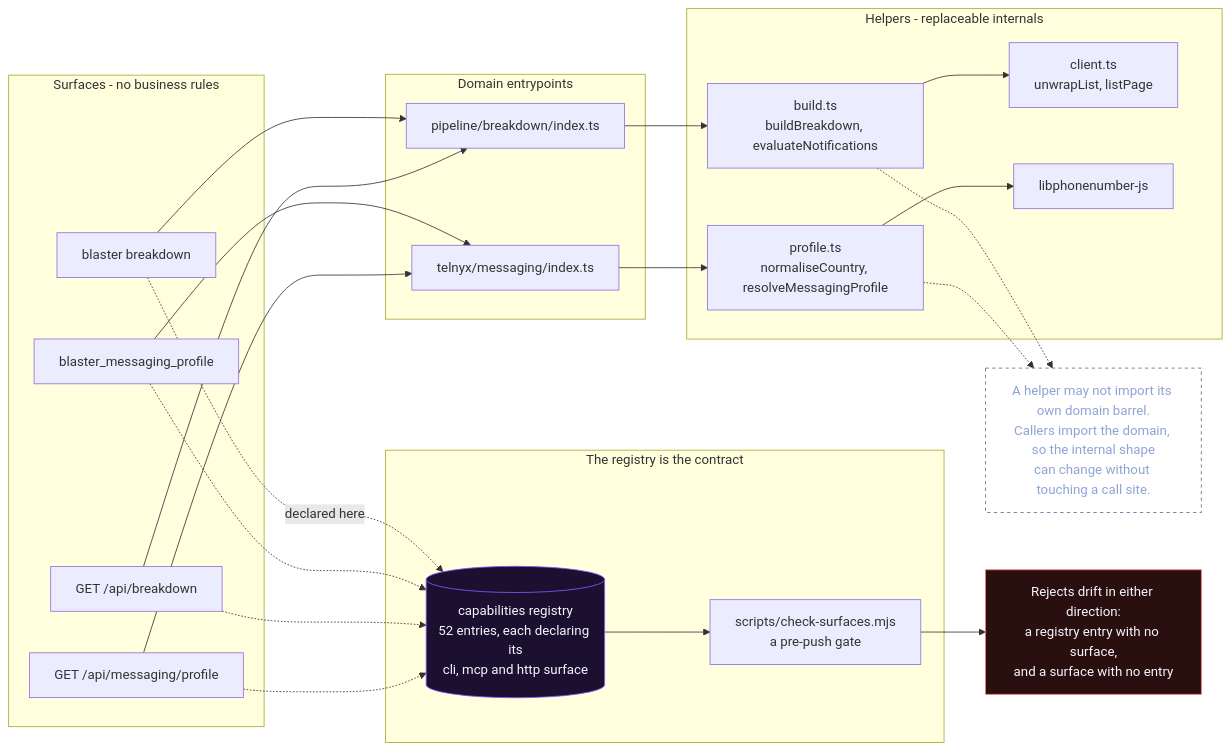
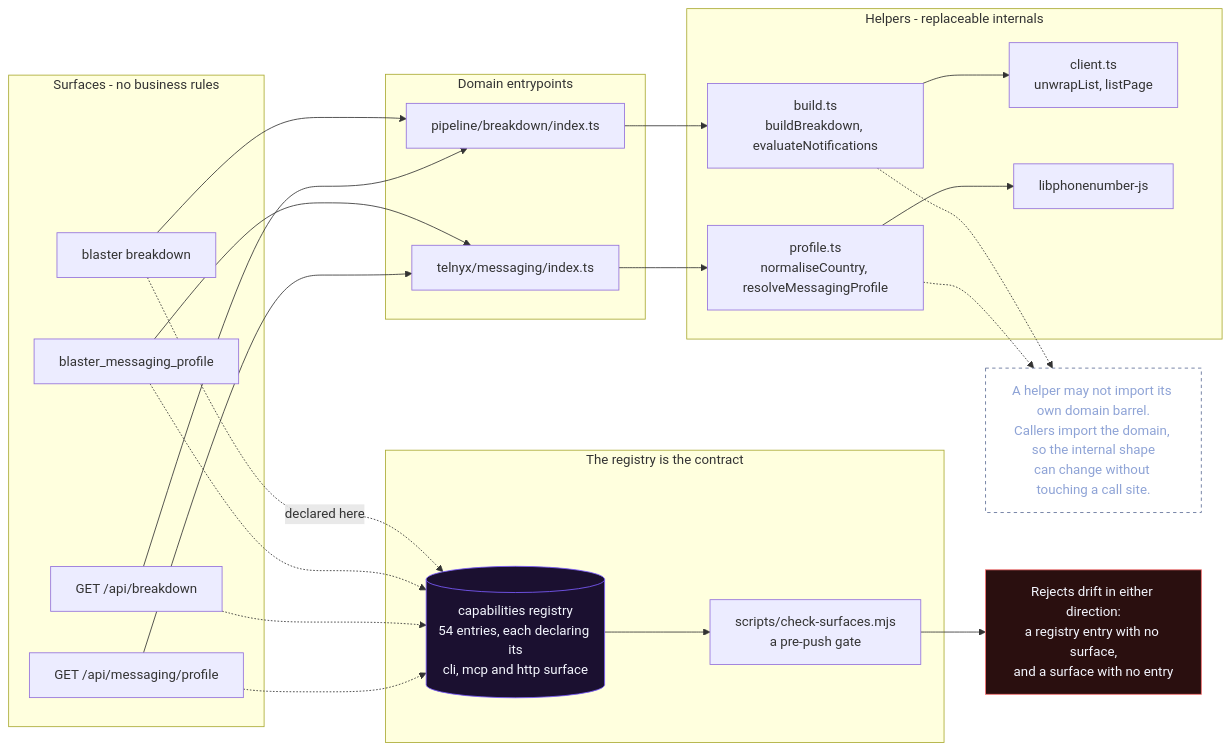
The diagram in docs/diagrams/surfaces-and-core.mmd (matthewdonsemail-lab/blaster), drawn with Mermaid before and after one commit. The commit also changed 3 other files, not shown here.

```diff
--- a/docs/diagrams/surfaces-and-core.mmd
+++ b/docs/diagrams/surfaces-and-core.mmd
@@ -1,60 +1,60 @@
 %% Why the domain library is separate, and how a capability reaches all three
 %% surfaces. Corrected 2026-10-04 to reflect the capability registry, which is
 %% the reason the three surfaces cannot silently drift apart.
 %% ---
 %% The counts below are from `packages/core/src/blaster/capabilities/helpers/registry.ts`
 %% on that date and are expected to differ: not every capability is exposed on
 %% every surface. What must never differ is the reverse — a CLI command, an MCP
 %% tool or a route that exists but is not in the registry. `scripts/check-surfaces.mjs`
 %% rejects that in both directions.
-%% fact: registry-entries 52
+%% fact: registry-entries 54
 flowchart LR
   subgraph surfaces["Surfaces - no business rules"]
     A["blaster breakdown"]
     B["blaster_messaging_profile"]
     C["GET /api/breakdown"]
     D["GET /api/messaging/profile"]
   end
 
   subgraph entrypoints["Domain entrypoints"]
     BRK["pipeline/breakdown/index.ts"]
     MSG["telnyx/messaging/index.ts"]
   end
 
   subgraph internals["Helpers - replaceable internals"]
     BUILD["build.ts<br/>buildBreakdown, evaluateNotifications"]
     PROF["profile.ts<br/>normaliseCountry, resolveMessagingProfile"]
     LIB["client.ts<br/>unwrapList, listPage"]
     NUM["libphonenumber-js"]
   end
 
   A --> BRK
   B --> MSG
   C --> BRK
   D --> MSG
   BRK --> BUILD
   MSG --> PROF
   BUILD --> LIB
   PROF --> NUM
 
   NOTE["A helper may not import its own domain barrel.<br/>Callers import the domain, so the internal shape<br/>can change without touching a call site."]:::note
   BUILD -.-> NOTE
   PROF -.-> NOTE
 
   subgraph registry["The registry is the contract"]
-    REG[("capabilities registry<br/>52 entries, each declaring its<br/>cli, mcp and http surface")]
+    REG[("capabilities registry<br/>54 entries, each declaring its<br/>cli, mcp and http surface")]
     GATE["scripts/check-surfaces.mjs<br/>a pre-push gate"]
   end
 
   A -. "declared here" .-> REG
   B -.-> REG
   C -.-> REG
   D -.-> REG
   REG --> GATE
   GATE --> FAIL["Rejects drift in either direction:<br/>a registry entry with no surface,<br/>and a surface with no entry"]
 
   classDef note fill:none,stroke:#5f6f96,stroke-dasharray:4 4,color:#8ea3d6
   classDef store fill:#1b1030,stroke:#7c5cff,color:#f5f7ff
   classDef stop fill:#2a0f0f,stroke:#f87171,color:#f5f7ff
   class REG store
   class FAIL stop
```
